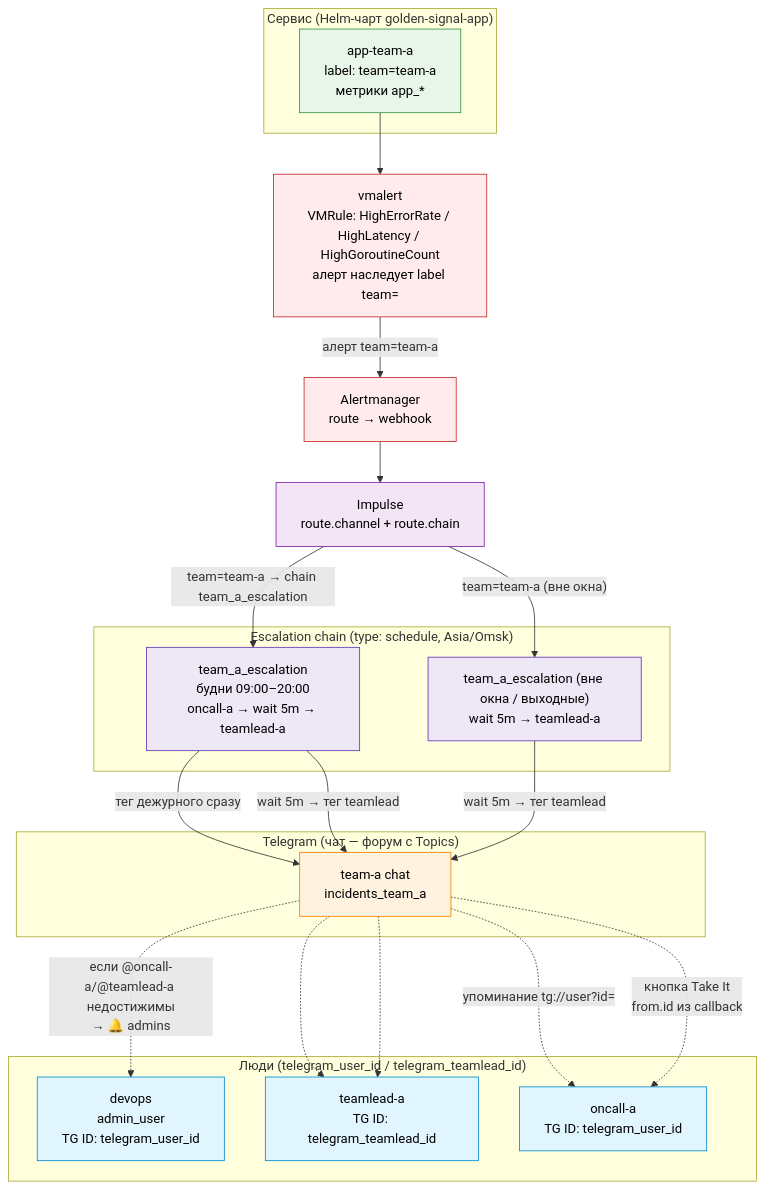
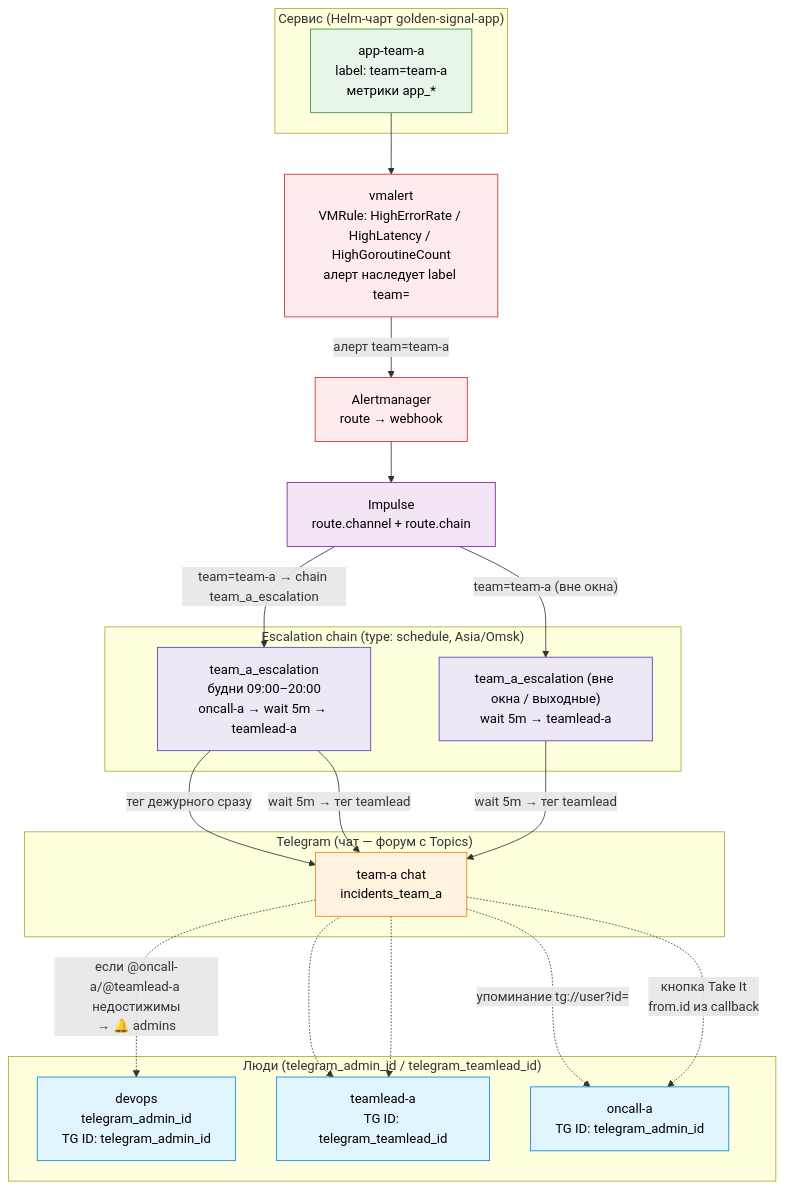
Before and after one commit to patsevanton/alert-templates-helm-vmalert-impulse: the diagram in README.md, drawn with Mermaid. The commit also changed other lines of this file and 6 other files, not shown here.

First line of the commit message:
Rename telegram_user_id → telegram_admin_id (devops-инженер, admin_user в impulse-конфиге)

````diff
--- a/README.md
+++ b/README.md
@@ -312,57 +312,57 @@
 ```mermaid
 flowchart TD
     subgraph Apps["Сервис (Helm-чарт golden-signal-app)"]
         APPA["app-team-a<br/>label: team=team-a<br/>метрики app_*"]
     end
 
     VMALERT["vmalert<br/>VMRule: HighErrorRate / HighLatency / HighGoroutineCount<br/>алерт наследует label team="]
     AM["Alertmanager<br/>route → webhook"]
     IMPULSE["Impulse<br/>route.channel + route.chain"]
 
     subgraph Chains["Escalation chain (type: schedule, Asia/Omsk)"]
         CHA_ON["team_a_escalation<br/>будни 09:00–20:00<br/>oncall-a → wait 5m → teamlead-a"]
         CHA_OFF["team_a_escalation (вне окна / выходные)<br/>wait 5m → teamlead-a"]
     end
 
     subgraph Telegram["Telegram (чат — форум с Topics)"]
         CHATA["team-a chat<br/>incidents_team_a"]
     end
 
-    subgraph People["Люди (telegram_user_id / telegram_teamlead_id)"]
-        DEVOPS["devops<br/>admin_user<br/>TG ID: telegram_user_id"]
+    subgraph People["Люди (telegram_admin_id / telegram_teamlead_id)"]
+        DEVOPS["devops<br/>telegram_admin_id<br/>TG ID: telegram_admin_id"]
         TLA["teamlead-a<br/>TG ID: telegram_teamlead_id"]
-        ONCA["oncall-a<br/>TG ID: telegram_user_id"]
+        ONCA["oncall-a<br/>TG ID: telegram_admin_id"]
     end
 
     APPA --> VMALERT
     VMALERT -->|"алерт team=team-a"| AM
     AM --> IMPULSE
     IMPULSE -->|"team=team-a → chain team_a_escalation"| CHA_ON
     IMPULSE -->|"team=team-a (вне окна)"| CHA_OFF
 
     CHA_ON -->|"тег дежурного сразу"| CHATA
     CHA_ON -->|"wait 5m → тег teamlead"| CHATA
     CHA_OFF -->|"wait 5m → тег teamlead"| CHATA
 
     CHATA -.->|"упоминание tg://user?id="| ONCA
     CHATA -.-> TLA
 
     CHATA -.->|"кнопка Take It<br/>from.id из callback"| ONCA
     CHATA -.-> TLA
 
     CHATA -.->|"если @oncall-a/@teamlead-a недостижимы<br/>→ 🔔 admins"| DEVOPS
 
     classDef app fill:#e8f5e9,stroke:#388e3c,color:#000
     classDef alert fill:#ffebee,stroke:#c62828,color:#000
     classDef impulse fill:#f3e5f5,stroke:#7b1fa2,color:#000
     classDef chain fill:#ede7f6,stroke:#5e35b1,color:#000
     classDef chat fill:#fff3e0,stroke:#f57c00,color:#000
     classDef person fill:#e1f5ff,stroke:#0288d1,color:#000
 
     class APPA app
     class VMALERT,AM alert
     class IMPULSE impulse
     class CHA_ON,CHA_OFF chain
     class CHATA chat
     class DEVOPS,TLA,ONCA person
 ```
````
